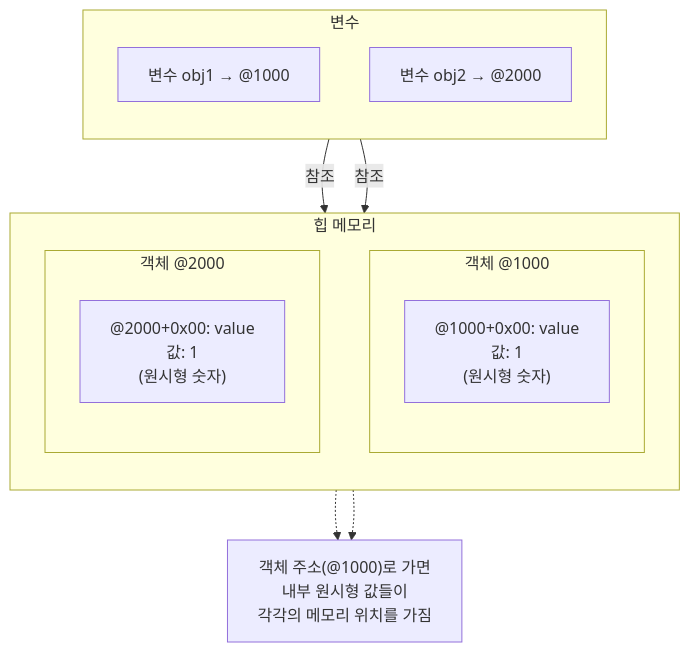
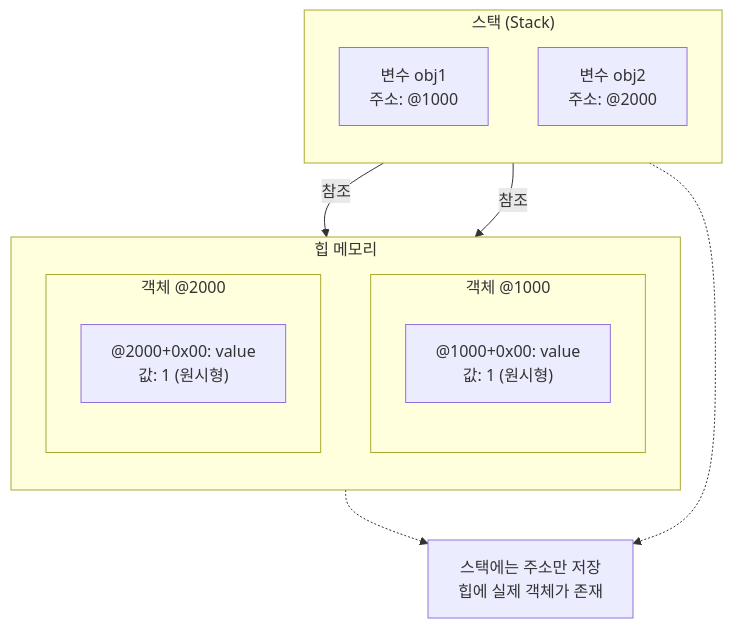
Before and after one commit to codefug/codefug.github.io: the second of 19 diagrams in markdown/2026-01-18/ko/content.mdx, drawn with Mermaid. The commit also changed other lines of this file and 2 other files, not shown here.

````diff
--- a/markdown/2026-01-18/ko/content.mdx
+++ b/markdown/2026-01-18/ko/content.mdx
@@ -73,29 +67,32 @@
 ```mermaid
 flowchart TB
-    subgraph Variables["변수"]
+    subgraph Stack["스택 (Stack)"]
         direction TB
-        V1["변수 obj1 → @1000"]
-        V2["변수 obj2 → @2000"]
+        V1["변수 obj1<br/>주소: @1000"]
+        V2["변수 obj2<br/>주소: @2000"]
     end
+
 
     subgraph Heap["힙 메모리"]
         direction TB
         subgraph O1["객체 @1000"]
             direction TB
-            P1["@1000+0x00: value<br/>값: 1<br/>(원시형 숫자)"]
+            P1["@1000+0x00: value<br/>값: 1 (원시형)"]
         end
+
 
         subgraph O2["객체 @2000"]
             direction TB
-            P2["@2000+0x00: value<br/>값: 1<br/>(원시형 숫자)"]
+            P2["@2000+0x00: value<br/>값: 1 (원시형)"]
         end
     end
+
 
     V1 -->|"참조"| O1
     V2 -->|"참조"| O2
 
-    Note1["객체 주소(@1000)로 가면<br/>내부 원시형 값들이<br/>각각의 메모리 위치를 가짐"]
+    Note1["스택에는 주소만 저장<br/>힙에 실제 객체가 존재"]
 
-    O1 -.-> Note1
-    O2 -.-> Note1
+    Stack -.-> Note1
+    Heap -.-> Note1
 ```
````
